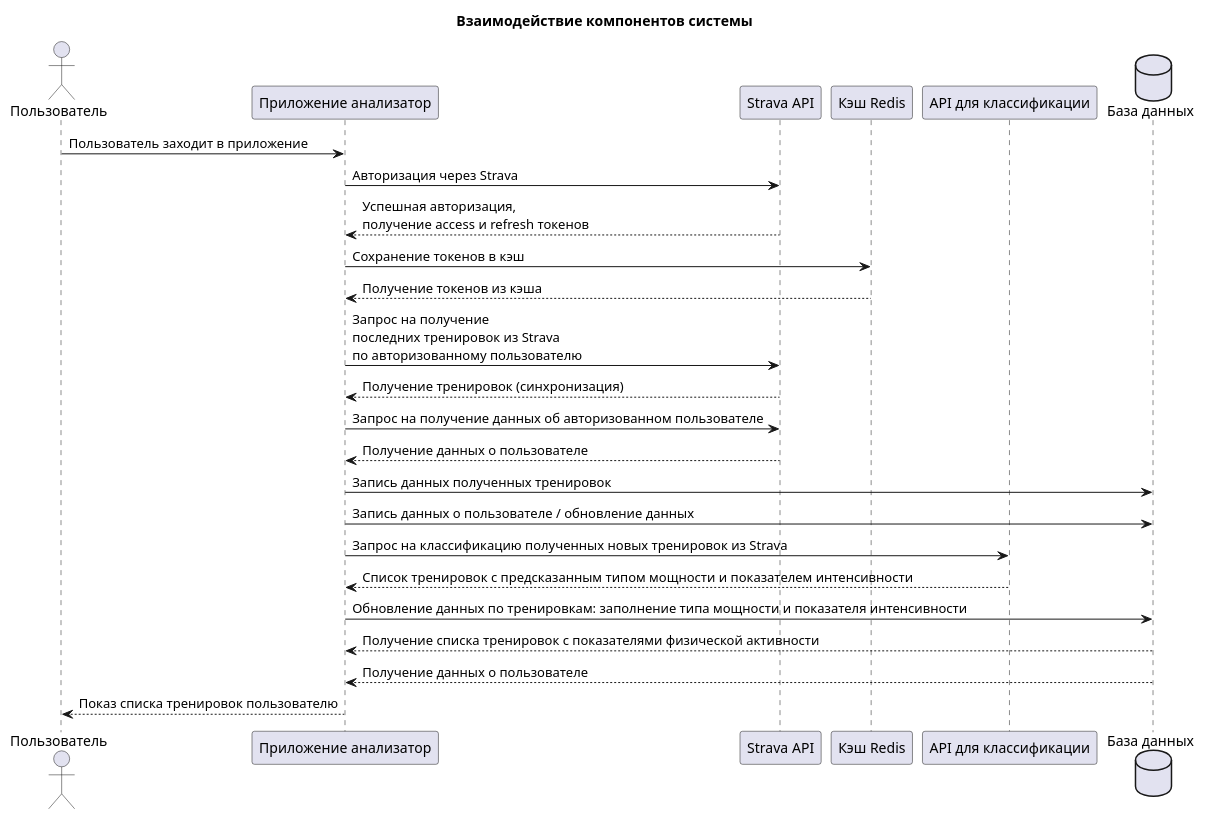
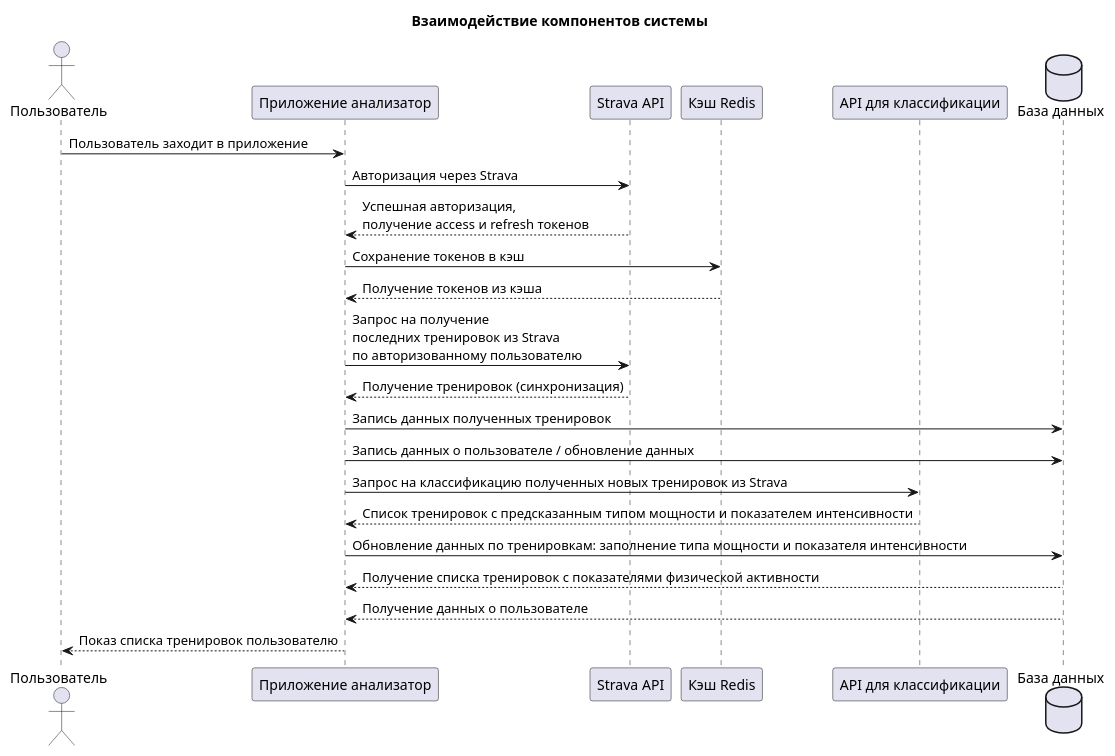
The diagram in diagrams/sequence_base.puml (VadimBarinov/strava-activity-ui), drawn with PlantUML before and after one commit.

Commit message:
refac sequence

```diff
--- a/diagrams/sequence_base.puml
+++ b/diagrams/sequence_base.puml
@@ -1,30 +1,28 @@
 @startuml
 
 title Взаимодействие компонентов системы
 
 actor "Пользователь" as Client
 participant "Приложение анализатор" as Application
 participant "Strava API" as Strava
 participant "Кэш Redis" as Redis
 participant "API для классификации" as CatAPI
 database "База данных" as DB
 
 Client -> Application: Пользователь заходит в приложение
 Application -> Strava: Авторизация через Strava
 Application <-- Strava: Успешная авторизация, \nполучение access и refresh токенов
 Application -> Redis: Сохранение токенов в кэш
 Application <-- Redis: Получение токенов из кэша
 Application -> Strava: Запрос на получение \nпоследних тренировок из Strava \nпо авторизованному пользователю
 Application <-- Strava: Получение тренировок (синхронизация)
-Application -> Strava: Запрос на получение данных об авторизованном пользователе
-Application <-- Strava: Получение данных о пользователе
 Application -> DB: Запись данных полученных тренировок
 Application -> DB: Запись данных о пользователе / обновление данных
 Application -> CatAPI: Запрос на классификацию полученных новых тренировок из Strava
 Application <-- CatAPI: Список тренировок с предсказанным типом мощности и показателем интенсивности
 Application -> DB: Обновление данных по тренировкам: заполнение типа мощности и показателя интенсивности
 Application <-- DB: Получение списка тренировок с показателями физической активности
 Application <-- DB: Получение данных о пользователе
 Client <-- Application: Показ списка тренировок пользователю
 
 @enduml
```
